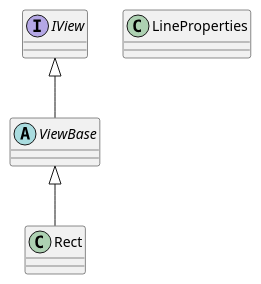
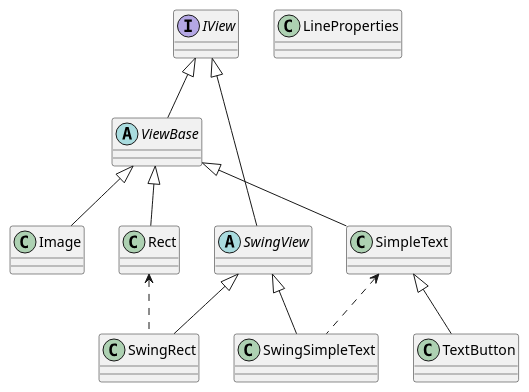
One commit to svenliese/view changed the diagram in doc/classes.puml. Above: the diagram before and after it, drawn with PlantUML. The commit also changed 11 other files, not shown here.

Commit message:
improve / test SimpleText

```diff
--- a/doc/classes.puml
+++ b/doc/classes.puml
@@ -1,12 +1,29 @@
 @startuml
 
 interface IView
     abstract ViewBase
         class Rect
+        class SimpleText
+            class TextButton
+        class Image
+    abstract SwingView
+        class SwingRect
+        class SwingSimpleText
 
 class LineProperties
 
 IView <|-- ViewBase
 ViewBase <|-- Rect
+ViewBase <|-- SimpleText
+ViewBase <|-- Image
+
+SimpleText <|-- TextButton
+
+IView <|-- SwingView
+SwingView <|-- SwingRect
+SwingView <|-- SwingSimpleText
+
+Rect <.. SwingRect
+SimpleText <.. SwingSimpleText
 
 @enduml
```
